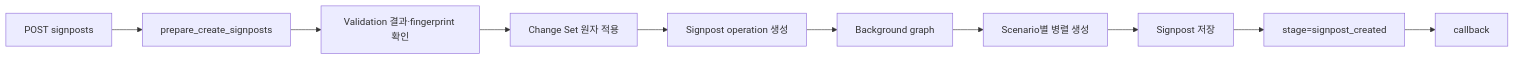
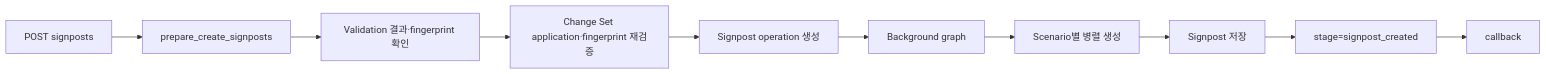
The fifth of 5 diagrams in docs/agents/scenario_group_agent/03_SCENARIO_GROUP_AGENT_FLOW.md (enkhbaatarL/skmip-mi-agent), drawn with Mermaid before and after one commit. The commit also changed other lines of this file and 56 other files, not shown here.

````diff
--- a/docs/agents/scenario_group_agent/03_SCENARIO_GROUP_AGENT_FLOW.md
+++ b/docs/agents/scenario_group_agent/03_SCENARIO_GROUP_AGENT_FLOW.md
@@ -331,12 +334,12 @@
 ```mermaid
 flowchart LR
     A[POST signposts] --> B[prepare_create_signposts]
     B --> C[Validation 결과·fingerprint 확인]
-    C --> D[Change Set 원자 적용]
+    C --> D[Change Set application·fingerprint 재검증]
     D --> E[Signpost operation 생성]
     E --> F[Background graph]
     F --> G[Scenario별 병렬 생성]
     G --> H[Signpost 저장]
     H --> I[stage=signpost_created]
     I --> J[callback]
 ```
````
